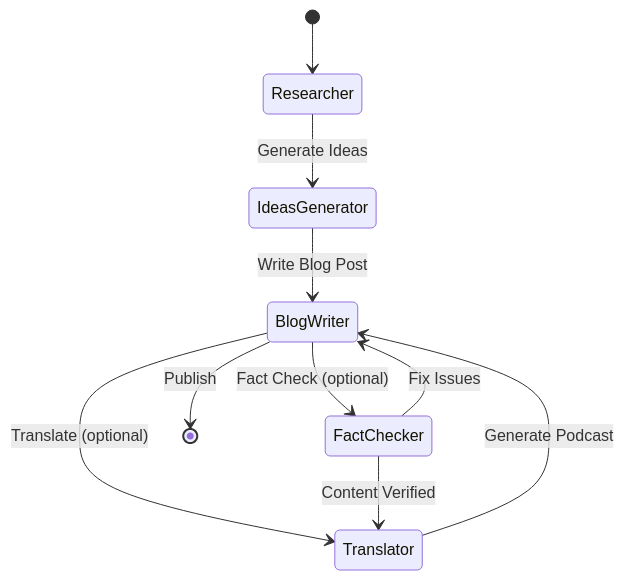
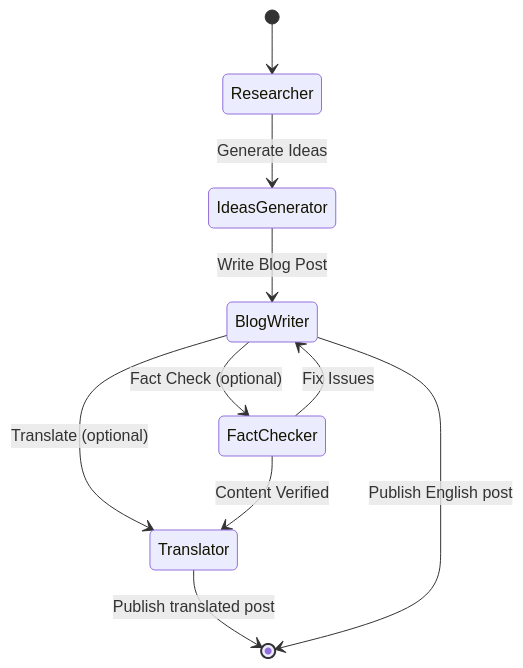
One commit to cmwen/cmwen.github.io changed the second of 3 diagrams in .github/agents/WORKFLOW.md. Above: the diagram before and after it, drawn with Mermaid. The commit also changed other lines of this file and 109 other files, not shown here.

````diff
--- a/.github/agents/WORKFLOW.md
+++ b/.github/agents/WORKFLOW.md
@@ -65,12 +61,12 @@
 ```mermaid
 stateDiagram-v2
     [*] --> Researcher
     Researcher --> IdeasGenerator: Generate Ideas
     IdeasGenerator --> BlogWriter: Write Blog Post
     BlogWriter --> FactChecker: Fact Check (optional)
     BlogWriter --> Translator: Translate (optional)
     FactChecker --> BlogWriter: Fix Issues
     FactChecker --> Translator: Content Verified
-    Translator --> BlogWriter: Generate Podcast
-    BlogWriter --> [*]: Publish
+    Translator --> [*]: Publish translated post
+    BlogWriter --> [*]: Publish English post
 ```
````
